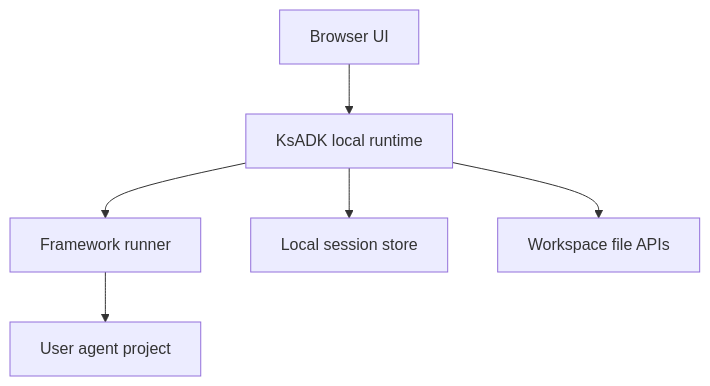
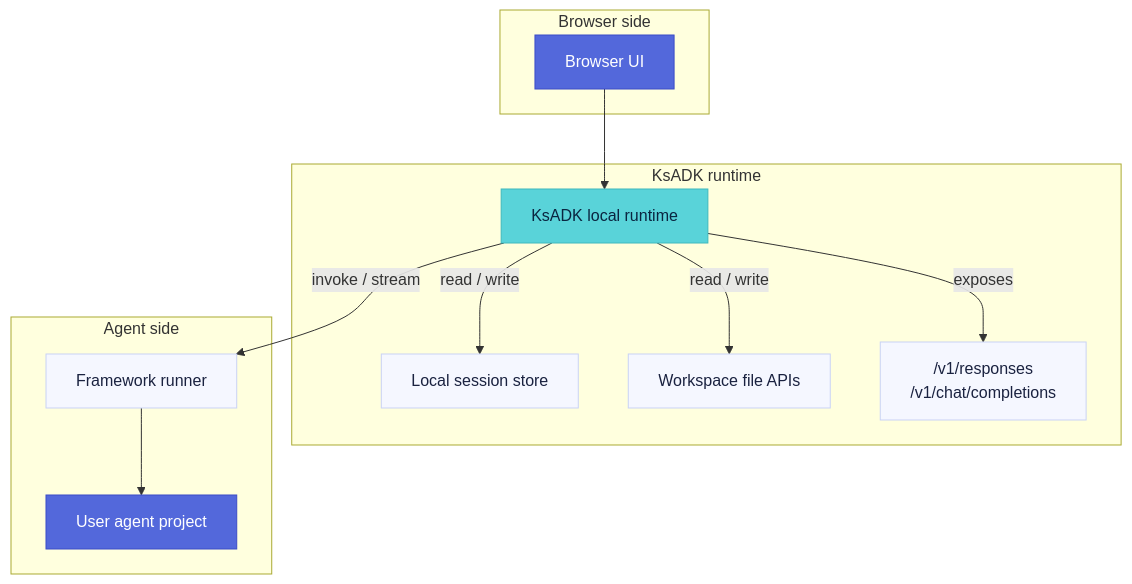
Before and after one commit to kingsoftcloud/ksadk-python: the diagram in docs-site/content/docs/framework/guides/local-web-ui.en.mdx, drawn with Mermaid. The commit also changed 33 other files, not shown here.

````diff
--- a/docs-site/content/docs/framework/guides/local-web-ui.en.mdx
+++ b/docs-site/content/docs/framework/guides/local-web-ui.en.mdx
@@ -54,8 +54,30 @@
 ```mermaid
 flowchart TD
   Browser["Browser UI"] --> Runtime["KsADK local runtime"]
-  Runtime --> Runner["Framework runner"]
+  Runtime -->|invoke / stream| Runner["Framework runner"]
+  Runtime -->|read / write| Sessions["Local session store"]
+  Runtime -->|read / write| Files["Workspace file APIs"]
+  Runtime -->|exposes| Responses["/v1/responses<br/>/v1/chat/completions"]
   Runner --> Agent["User agent project"]
-  Runtime --> Sessions["Local session store"]
-  Runtime --> Files["Workspace file APIs"]
+
+  subgraph client["Browser side"]
+    Browser
+  end
+  subgraph runtime["KsADK runtime"]
+    Runtime
+    Sessions
+    Files
+    Responses
+  end
+  subgraph agent["Agent side"]
+    Runner
+    Agent
+  end
+
+  classDef brand fill:#5368db,stroke:#3b4cc7,color:#fff
+  classDef accent fill:#59d3d9,stroke:#3fb8be,color:#0a2540
+  classDef neutral fill:#f5f7ff,stroke:#c9d2f5,color:#1a2240
+  class Browser,Agent brand
+  class Runtime accent
+  class Sessions,Files,Responses,Runner neutral
 ```
````
